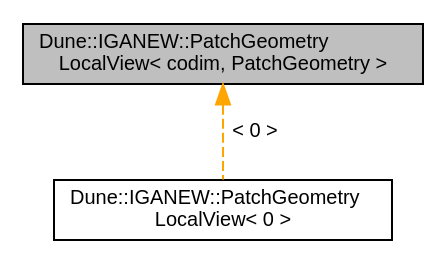
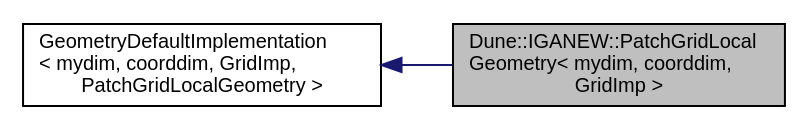
The diagram in d6/dbc/a01099.dot (rath3t/dune-iga-doc), drawn with Graphviz before and after one commit. The commit also changed 834 other files, not shown here.

```diff
--- a/d6/dbc/a01099.dot
+++ b/d6/dbc/a01099.dot
@@ -1,9 +1,10 @@
-digraph "Dune::IGANEW::PatchGeometryLocalView&lt; codim, PatchGeometry &gt;"
+digraph "Dune::IGANEW::PatchGridLocalGeometry&lt; mydim, coorddim, GridImp &gt;"
 {
  // LATEX_PDF_SIZE
   edge [fontname="Helvetica",fontsize="10",labelfontname="Helvetica",labelfontsize="10"];
   node [fontname="Helvetica",fontsize="10",shape=record];
-  Node1 [label="Dune::IGANEW::PatchGeometry\lLocalView\< codim, PatchGeometry \>",height=0.2,width=0.4,color="black", fillcolor="grey75", style="filled", fontcolor="black",tooltip=" "];
-  Node1 -> Node2 [dir="back",color="orange",fontsize="10",style="dashed",label=" \< 0 \>" ,fontname="Helvetica"];
-  Node2 [label="Dune::IGANEW::PatchGeometry\lLocalView\< 0 \>",height=0.2,width=0.4,color="black", fillcolor="white", style="filled",URL="$d3/dbd/a01100.html",tooltip=" "];
+  rankdir="LR";
+  Node1 [label="Dune::IGANEW::PatchGridLocal\lGeometry\< mydim, coorddim,\l GridImp \>",height=0.2,width=0.4,color="black", fillcolor="grey75", style="filled", fontcolor="black",tooltip=" "];
+  Node2 -> Node1 [dir="back",color="midnightblue",fontsize="10",style="solid",fontname="Helvetica"];
+  Node2 [label="GeometryDefaultImplementation\l\< mydim, coorddim, GridImp,\l PatchGridLocalGeometry \>",height=0.2,width=0.4,color="black", fillcolor="white", style="filled",tooltip=" "];
 }
```
